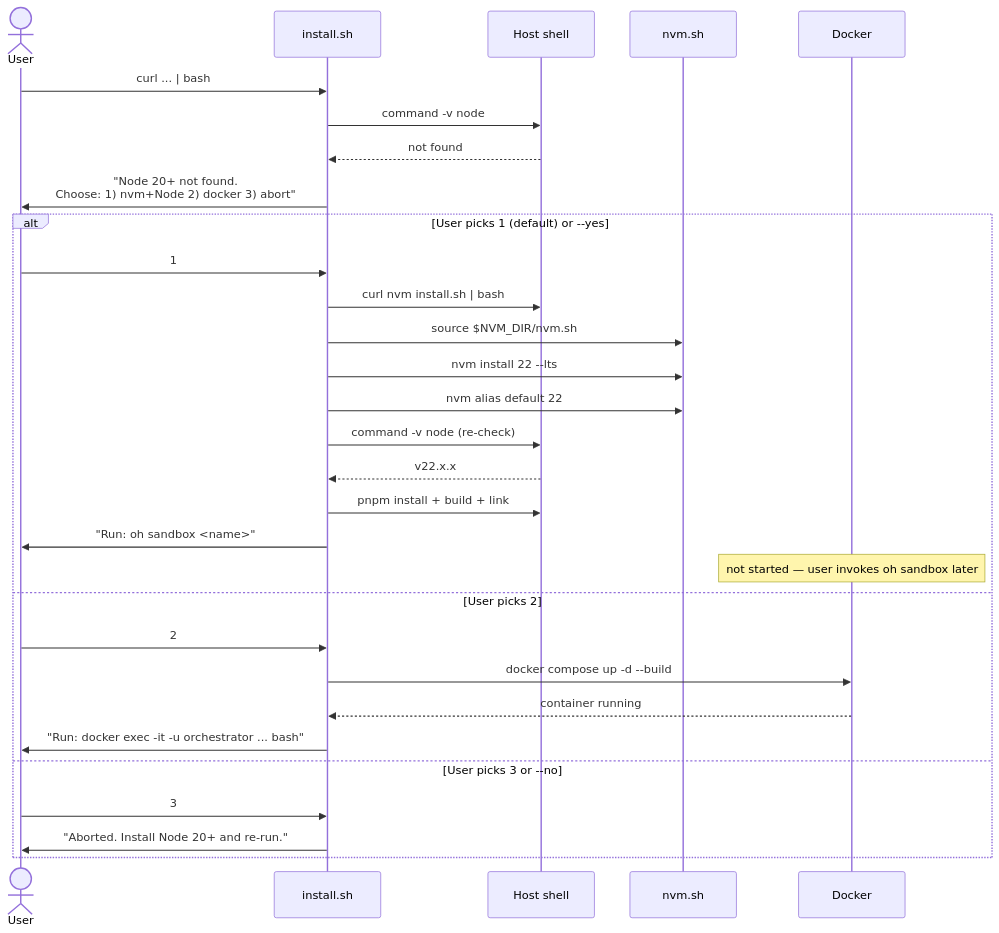
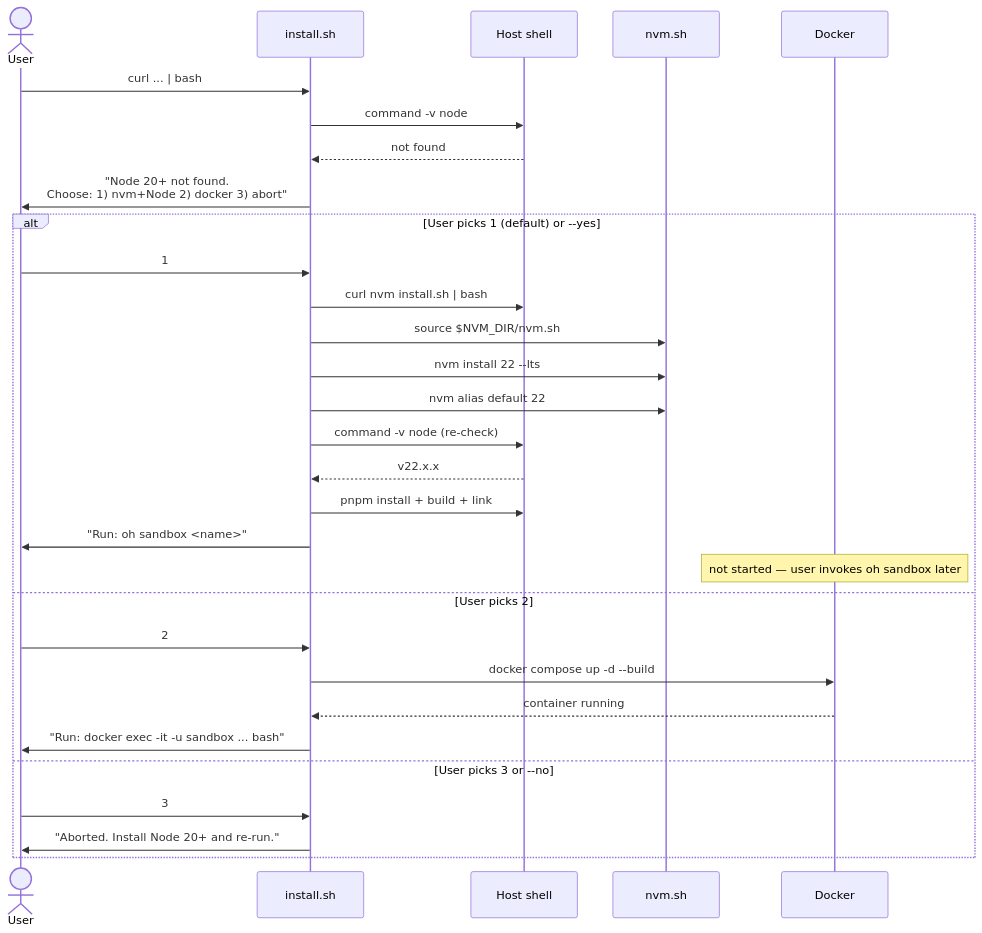
One commit to ryaneggz/open-harness changed the third of 4 diagrams in .claude/specs/install-prereq-detection.md. Above: the diagram before and after it, drawn with Mermaid. The commit also changed other lines of this file and 72 other files, not shown here.

````diff
--- a/.claude/specs/install-prereq-detection.md
+++ b/.claude/specs/install-prereq-detection.md
@@ -165,34 +165,34 @@
 ```mermaid
 sequenceDiagram
     actor User
     participant Installer as install.sh
     participant Host as Host shell
     participant NVM as nvm.sh
     participant Docker
 
     User->>Installer: curl ... | bash
     Installer->>Host: command -v node
     Host-->>Installer: not found
     Installer->>User: "Node 20+ not found.<br/>Choose: 1) nvm+Node 2) docker 3) abort"
 
     alt User picks 1 (default) or --yes
         User->>Installer: 1
         Installer->>Host: curl nvm install.sh | bash
         Installer->>NVM: source $NVM_DIR/nvm.sh
         Installer->>NVM: nvm install 22 --lts
         Installer->>NVM: nvm alias default 22
         Installer->>Host: command -v node (re-check)
         Host-->>Installer: v22.x.x
         Installer->>Host: pnpm install + build + link
         Installer->>User: "Run: oh sandbox <name>"
         Note over Docker: not started — user invokes oh sandbox later
     else User picks 2
         User->>Installer: 2
         Installer->>Docker: docker compose up -d --build
         Docker-->>Installer: container running
-        Installer->>User: "Run: docker exec -it -u orchestrator ... bash"
+        Installer->>User: "Run: docker exec -it -u sandbox ... bash"
     else User picks 3 or --no
         User->>Installer: 3
         Installer->>User: "Aborted. Install Node 20+ and re-run."
     end
 ```
````
